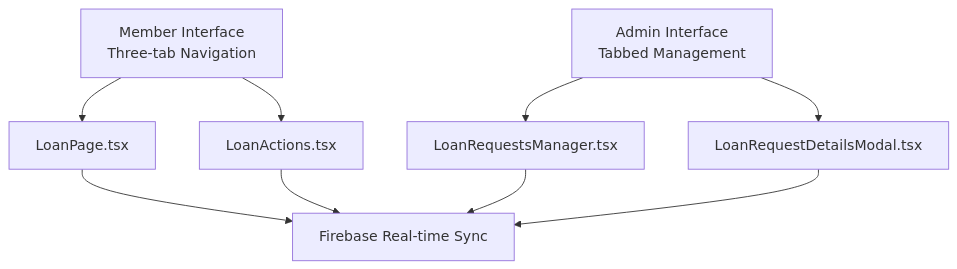
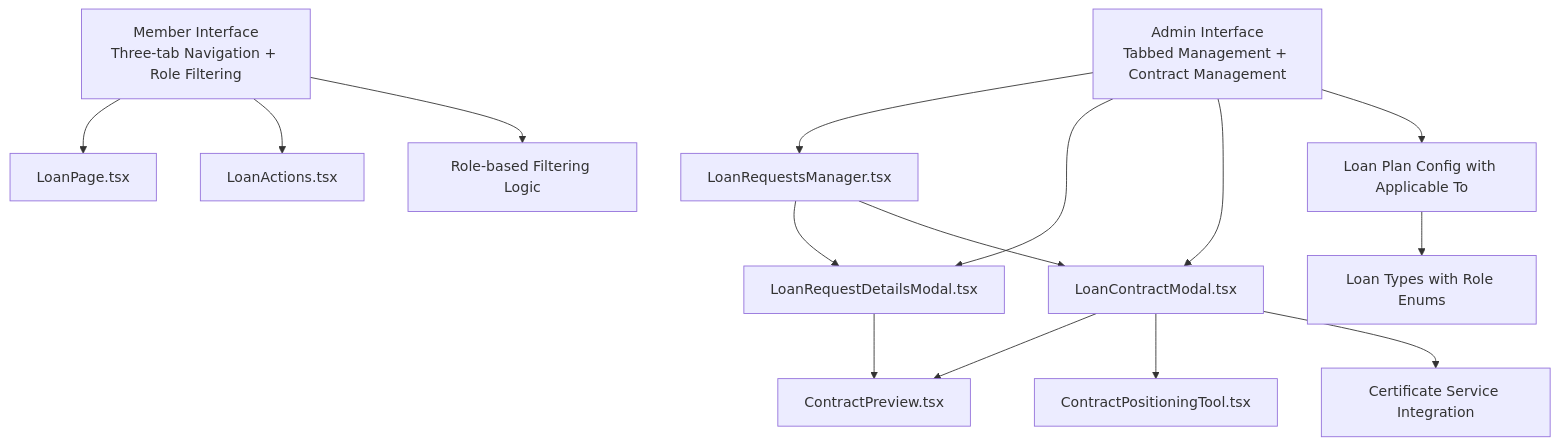
The second of 3 diagrams in .qoder/repowiki/en/content/Project Overview/Core Features & Functionality/Loan Management System.md (Unsure-bry/sampacoop_system), drawn with Mermaid before and after one commit. The commit also changed other lines of this file and 24 other files, not shown here.

````diff
--- a/.qoder/repowiki/en/content/Project Overview/Core Features & Functionality/Loan Management System.md
+++ b/.qoder/repowiki/en/content/Project Overview/Core Features & Functionality/Loan Management System.md
@@ -118,11 +159,17 @@
 ```mermaid
 graph TB
-MEMBER["Member Interface<br/>Three-tab Navigation"] --> LOANPAGE["LoanPage.tsx"]
+MEMBER["Member Interface<br/>Three-tab Navigation + Role Filtering"] --> LOANPAGE["LoanPage.tsx"]
 MEMBER --> LOANACTION["LoanActions.tsx"]
-ADMIN["Admin Interface<br/>Tabbed Management"] --> REQUESTMAN["LoanRequestsManager.tsx"]
+MEMBER --> ROLEFILTER["Role-based Filtering Logic"]
+ADMIN["Admin Interface<br/>Tabbed Management + Contract Management"] --> REQUESTMAN["LoanRequestsManager.tsx"]
 ADMIN --> DETAILSMODAL["LoanRequestDetailsModal.tsx"]
-LOANPAGE --> FIREBASE["Firebase Real-time Sync"]
-LOANACTION --> FIREBASE
-REQUESTMAN --> FIREBASE
-DETAILSMODAL --> FIREBASE
+ADMIN --> CONTRACTMODAL["LoanContractModal.tsx"]
+ADMIN --> PLANCONFIG["Loan Plan Config with Applicable To"]
+REQUESTMAN --> DETAILSMODAL
+REQUESTMAN --> CONTRACTMODAL
+CONTRACTMODAL --> CONTRACTPREVIEW["ContractPreview.tsx"]
+CONTRACTMODAL --> POSITIONTOOL["ContractPositioningTool.tsx"]
+DETAILSMODAL --> CONTRACTPREVIEW
+PLANCONFIG --> TYPES["Loan Types with Role Enums"]
+CONTRACTMODAL --> CERTIFICATE["Certificate Service Integration"]
 ```
````
